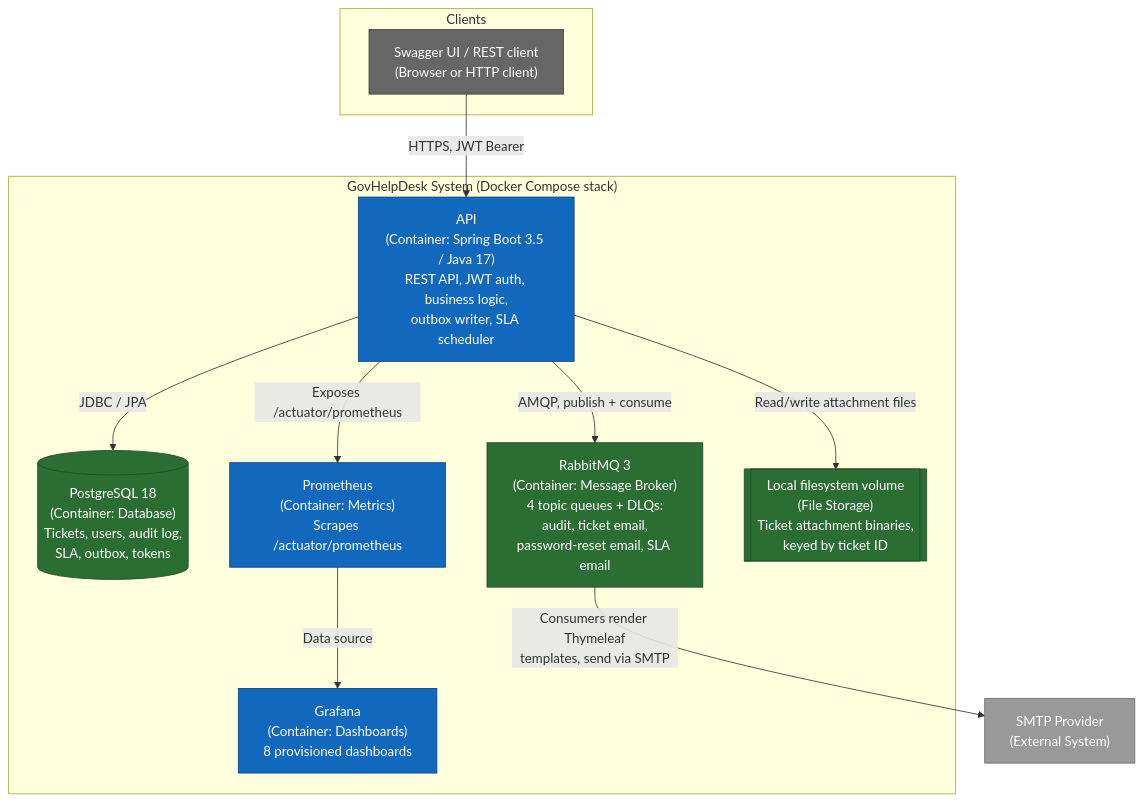
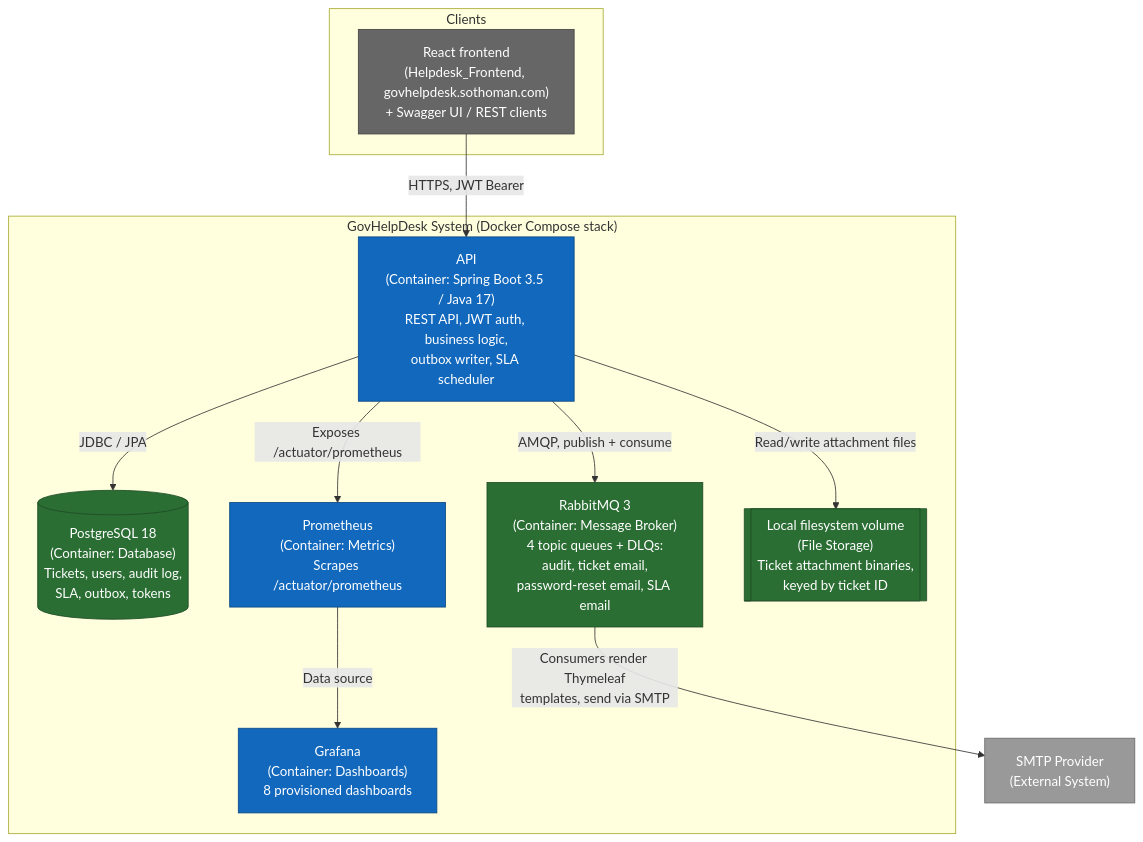
One commit to Mosotho888/GovHelp_Desk changed the diagram in docs/architecture/c4-container.md. Above: the diagram before and after it, drawn with Mermaid. The commit also changed 4 other files, not shown here.

Commit message:
docs(architecture): update C4 container and context models for observability stack

````diff
--- a/docs/architecture/c4-container.md
+++ b/docs/architecture/c4-container.md
@@ -7,34 +7,36 @@
 ```mermaid
 graph TB
     subgraph clients["Clients"]
-        browser["Swagger UI / REST client<br/>(Browser or HTTP client)"]
+        browser["React frontend<br/>(Helpdesk_Frontend, govhelpdesk.sothoman.com)<br/>+ Swagger UI / REST clients"]
     end
 
     subgraph govhelpdesk["GovHelpDesk System (Docker Compose stack)"]
         api["API<br/>(Container: Spring Boot 3.5 / Java 17)<br/>REST API, JWT auth, business logic,<br/>outbox writer, SLA scheduler"]
         db[("PostgreSQL 18<br/>(Container: Database)<br/>Tickets, users, audit log,<br/>SLA, outbox, tokens")]
         mq["RabbitMQ 3<br/>(Container: Message Broker)<br/>4 topic queues + DLQs:<br/>audit, ticket email,<br/>password-reset email, SLA email"]
         prom["Prometheus<br/>(Container: Metrics)<br/>Scrapes /actuator/prometheus"]
         grafana["Grafana<br/>(Container: Dashboards)<br/>8 provisioned dashboards"]
         fs[["Local filesystem volume<br/>(File Storage)<br/>Ticket attachment binaries,<br/>keyed by ticket ID"]]
     end
 
     smtp["SMTP Provider<br/>(External System)"]
     browser -->|" HTTPS, JWT Bearer "| api
     api -->|" JDBC / JPA "| db
     api -->|" AMQP, publish + consume "| mq
     api -->|" Read/write attachment files "| fs
     api -->|" Exposes /actuator/prometheus "| prom
     prom -->|" Data source "| grafana
     mq -->|" Consumers render Thymeleaf<br/>templates, send via SMTP "| smtp
     classDef container fill: #1168bd, color: #fff, stroke: #0b4884
     classDef db fill: #2b6e34, color: #fff, stroke: #1d4c25
     classDef external fill: #999999, color: #fff, stroke: #6b6b6b
     classDef client fill: #666, color: #fff, stroke: #444
+%% @formatter:off
     class api container
-class db,mq db
-class prom,grafana container
-class fs db
-class smtp external
-class browser client
+    class db,mq db
+    class prom,grafana container
+    class fs db
+    class smtp external
+    class browser client
+%% @formatter:on
 ```
````
